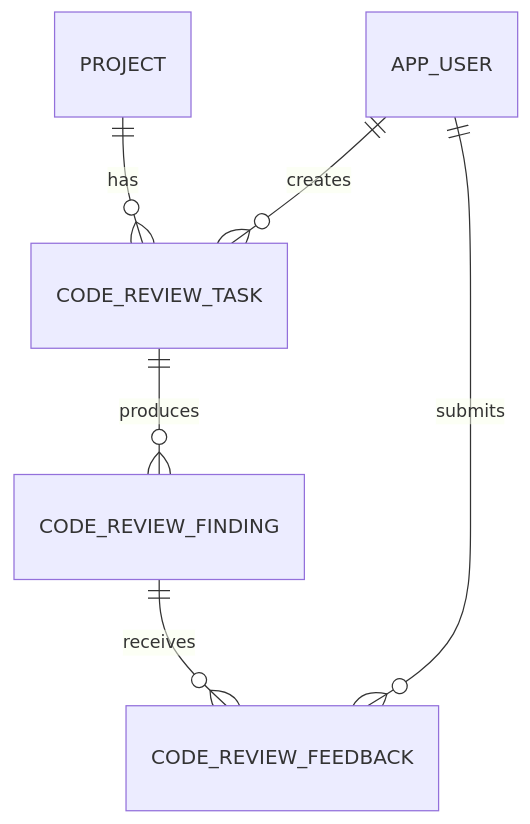
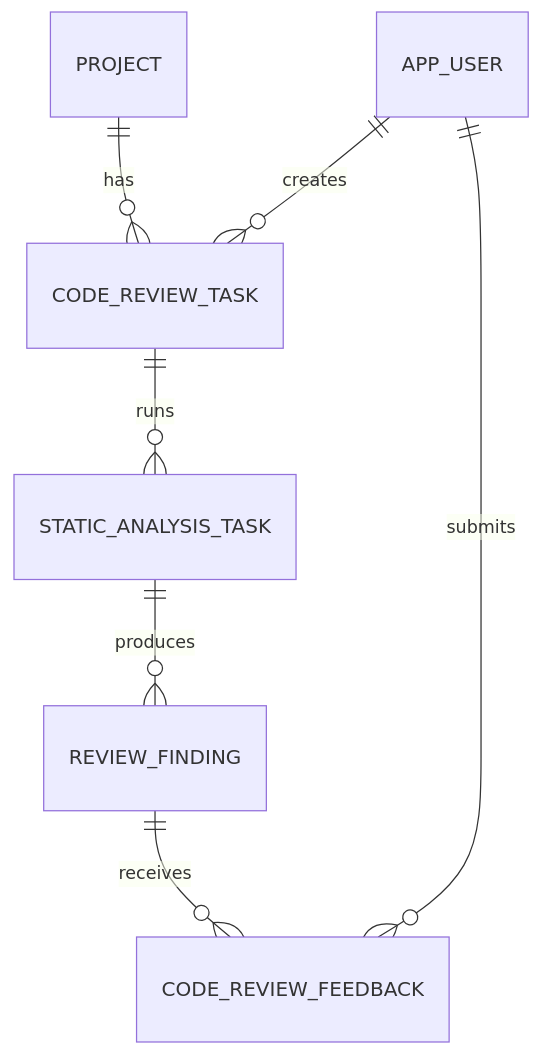
One commit to MMDXTMM/devmate-ai changed the second of 2 diagrams in docs/DATABASE_DESIGN.md. Above: the diagram before and after it, drawn with Mermaid. The commit also changed other lines of this file and 36 other files, not shown here.

Commit message:
feat: add deterministic static analysis

````diff
--- a/docs/DATABASE_DESIGN.md
+++ b/docs/DATABASE_DESIGN.md
@@ -195,8 +208,9 @@
 ```mermaid
 erDiagram
     PROJECT ||--o{ CODE_REVIEW_TASK : has
     APP_USER ||--o{ CODE_REVIEW_TASK : creates
-    CODE_REVIEW_TASK ||--o{ CODE_REVIEW_FINDING : produces
-    CODE_REVIEW_FINDING ||--o{ CODE_REVIEW_FEEDBACK : receives
+    CODE_REVIEW_TASK ||--o{ STATIC_ANALYSIS_TASK : runs
+    STATIC_ANALYSIS_TASK ||--o{ REVIEW_FINDING : produces
+    REVIEW_FINDING ||--o{ CODE_REVIEW_FEEDBACK : receives
     APP_USER ||--o{ CODE_REVIEW_FEEDBACK : submits
 ```
````
